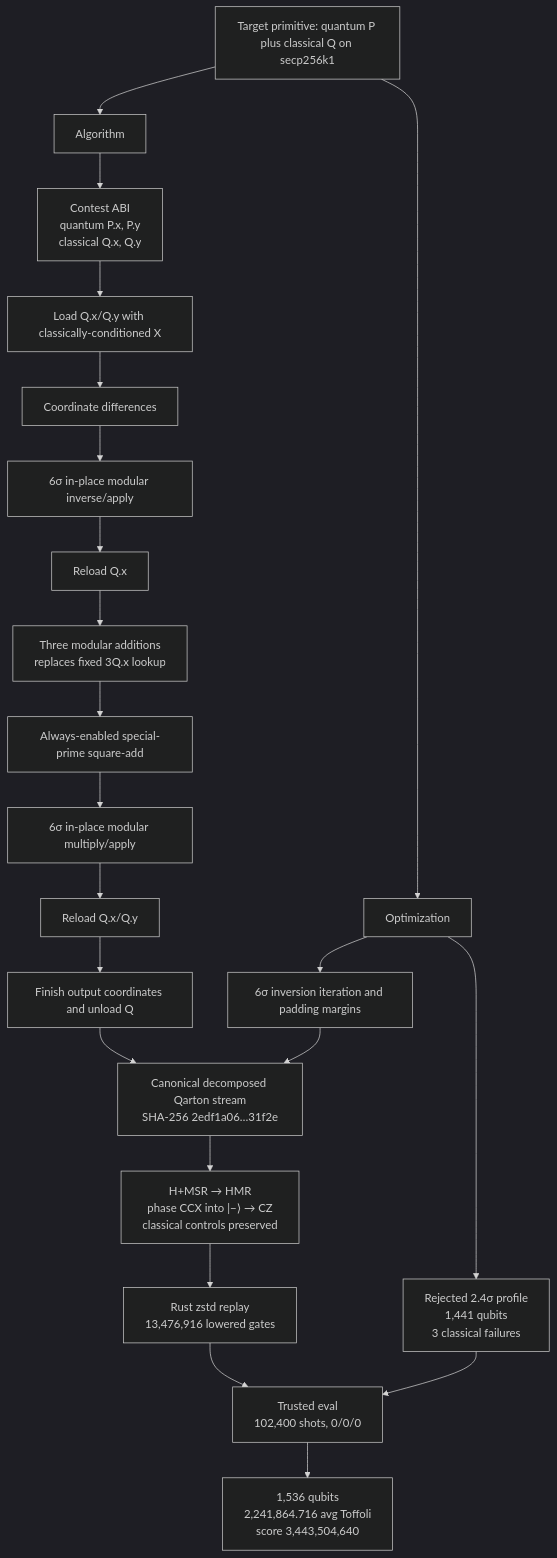
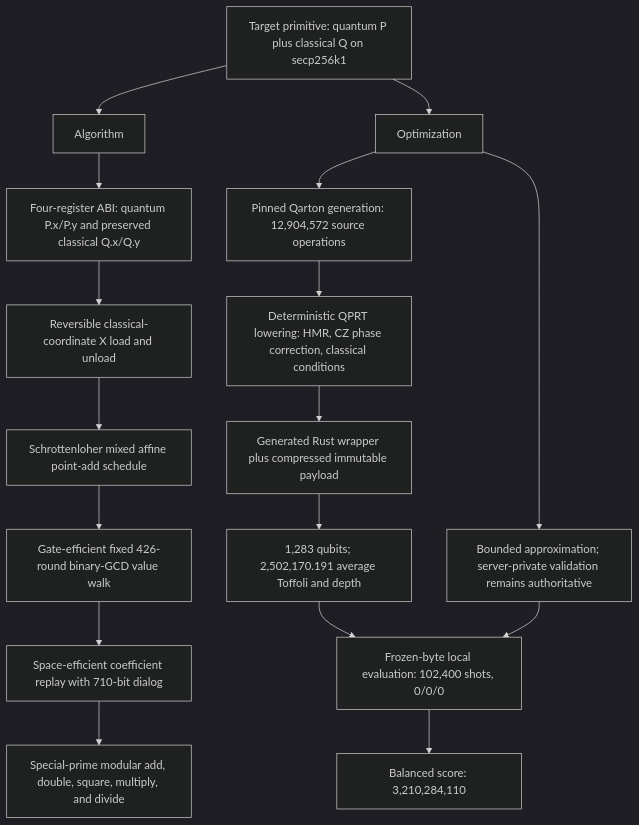
The diagram in src/point_add/architecture.mmd (ecdlp-contest/ecdlp-point-add), drawn with Mermaid (dark theme) before and after one commit. The commit also changed 4 other files, not shown here.

Commit message:
Accept point-add-secp256k1-v1 submission sub_mtdjsd88_qgqe48

```diff
--- a/src/point_add/architecture.mmd
+++ b/src/point_add/architecture.mmd
@@ -1,44 +1,34 @@
 flowchart TD
-    Anchor["Target primitive: quantum P plus classical Q on secp256k1"]
+    Target["Target primitive: quantum P plus classical Q on secp256k1"]
     Algorithm["Algorithm"]
     Optimization["Optimization"]
-    ABI["Contest ABI<br/>quantum P.x, P.y<br/>classical Q.x, Q.y"]
-    Load1["Load Q.x/Q.y with classically-conditioned X"]
-    Diff["Coordinate differences"]
-    Inv1["6σ in-place modular inverse/apply"]
-    LoadX["Reload Q.x"]
-    ThreeAdd["Three modular additions<br/>replaces fixed 3Q.x lookup"]
-    Square["Always-enabled special-prime square-add"]
-    Inv2["6σ in-place modular multiply/apply"]
-    Load3["Reload Q.x/Q.y"]
-    Finish["Finish output coordinates and unload Q"]
-    Extract["Canonical decomposed Qarton stream<br/>SHA-256 2edf1a06…31f2e"]
-    Lower["H+MSR → HMR<br/>phase CCX into |−⟩ → CZ<br/>classical controls preserved"]
-    Replay["Rust zstd replay<br/>13,476,916 lowered gates"]
-    Trusted["Trusted eval<br/>102,400 shots, 0/0/0"]
-    Metrics["1,536 qubits<br/>2,241,864.716 avg Toffoli<br/>score 3,443,504,640"]
+    ABI["Four-register ABI: quantum P.x/P.y and preserved classical Q.x/Q.y"]
+    Load["Reversible classical-coordinate X load and unload"]
+    Affine["Schrottenloher mixed affine point-add schedule"]
+    Walk["Gate-efficient fixed 426-round binary-GCD value walk"]
+    Replay["Space-efficient coefficient replay with 710-bit dialog"]
+    Arithmetic["Special-prime modular add, double, square, multiply, and divide"]
+    Source["Pinned Qarton generation: 12,904,572 source operations"]
+    Lower["Deterministic QPRT lowering: HMR, CZ phase correction, classical conditions"]
+    Rust["Generated Rust wrapper plus compressed immutable payload"]
+    Census["1,283 qubits; 2,502,170.191 average Toffoli and depth"]
+    Shots["Frozen-byte local evaluation: 102,400 shots, 0/0/0"]
+    Score["Balanced score: 3,210,284,110"]
+    Risk["Bounded approximation; server-private validation remains authoritative"]
 
-    Anchor --> Algorithm
-    Anchor --> Optimization
-    Reliability["6σ inversion iteration and padding margins"]
+    Target --> Algorithm
+    Target --> Optimization
     Algorithm --> ABI
-    ABI --> Load1
-    Load1 --> Diff
-    Diff --> Inv1
-    Inv1 --> LoadX
-    LoadX --> ThreeAdd
-    ThreeAdd --> Square
-    Square --> Inv2
-    Inv2 --> Load3
-    Load3 --> Finish
-    Optimization --> Reliability
-    Reliability --> Extract
-    Optimization --> Approx
-    Finish --> Extract
-    Extract --> Lower
-    Lower --> Replay
-    Replay --> Trusted
-    Trusted --> Metrics
-
-    Approx["Rejected 2.4σ profile<br/>1,441 qubits<br/>3 classical failures"]
-    Approx --> Trusted
+    ABI --> Load
+    Load --> Affine
+    Affine --> Walk
+    Walk --> Replay
+    Replay --> Arithmetic
+    Optimization --> Source
+    Source --> Lower
+    Lower --> Rust
+    Rust --> Census
+    Census --> Shots
+    Shots --> Score
+    Optimization --> Risk
+    Risk --> Shots
```
